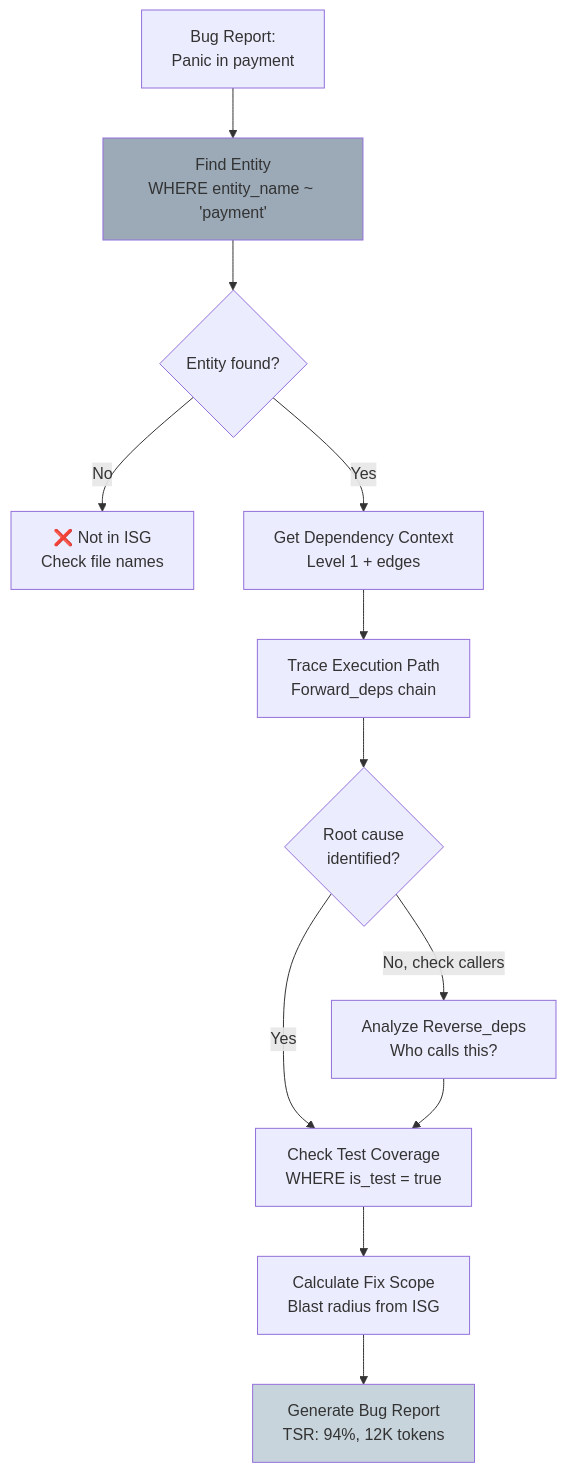
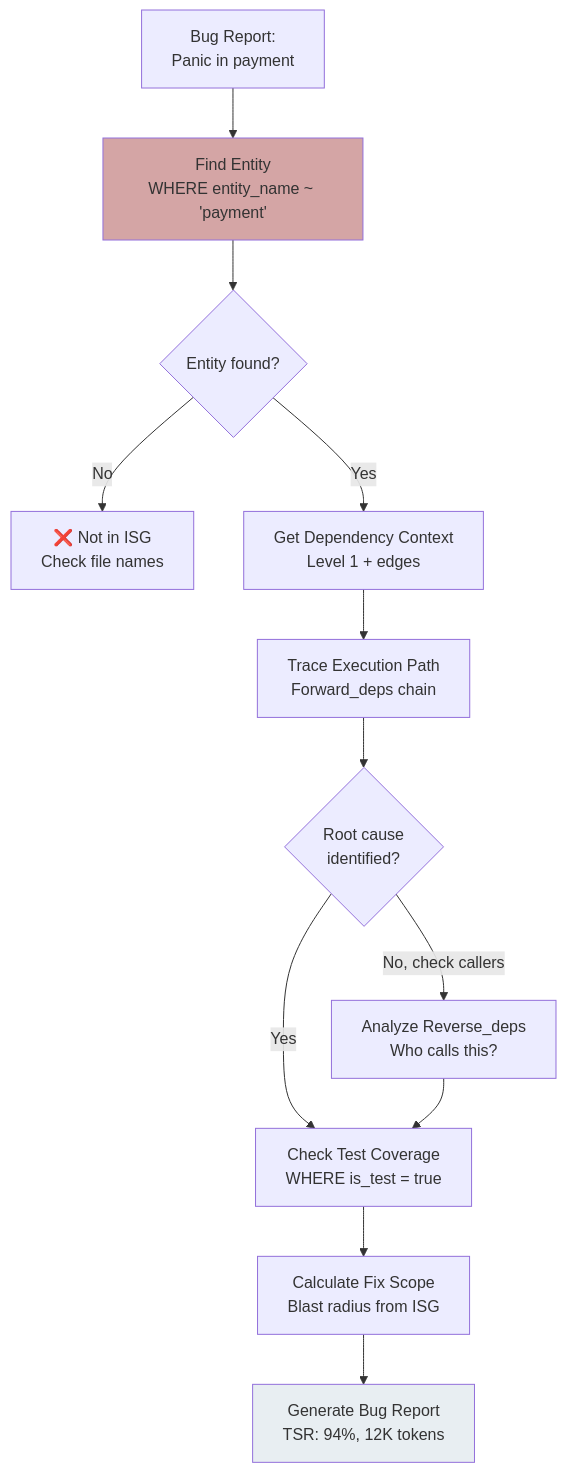
The fifth of 8 diagrams in .claude/parseltongue-ultrathink.md (that-in-rust/parseltongue), drawn with Mermaid before and after one commit. The commit also changed other lines of this file, not shown here.

````diff
--- a/.claude/parseltongue-ultrathink.md
+++ b/.claude/parseltongue-ultrathink.md
@@ -367,17 +367,17 @@
   ```mermaid
   flowchart TD
       A[Bug Report:<br/>Panic in payment] --> B[Find Entity<br/>WHERE entity_name ~ 'payment']
       B --> C{Entity found?}
       C -->|No| FAIL[❌ Not in ISG<br/>Check file names]
       C -->|Yes| D[Get Dependency Context<br/>Level 1 + edges]
       D --> E[Trace Execution Path<br/>Forward_deps chain]
       E --> F{Root cause<br/>identified?}
       F -->|No, check callers| G[Analyze Reverse_deps<br/>Who calls this?]
       F -->|Yes| H[Check Test Coverage<br/>WHERE is_test = true]
       G --> H
       H --> I[Calculate Fix Scope<br/>Blast radius from ISG]
       I --> J[Generate Bug Report<br/>TSR: 94%, 12K tokens]
 
-      style B fill:#9CAAB8
-      style J fill:#C8D4DC
+      style B fill:#D4A5A5
+      style J fill:#E8EEF2
   ```
````
